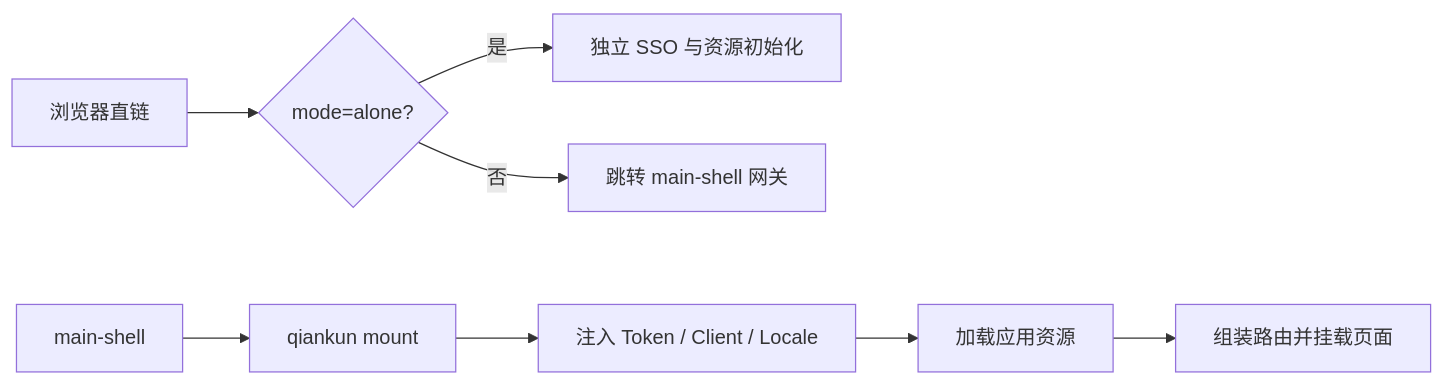
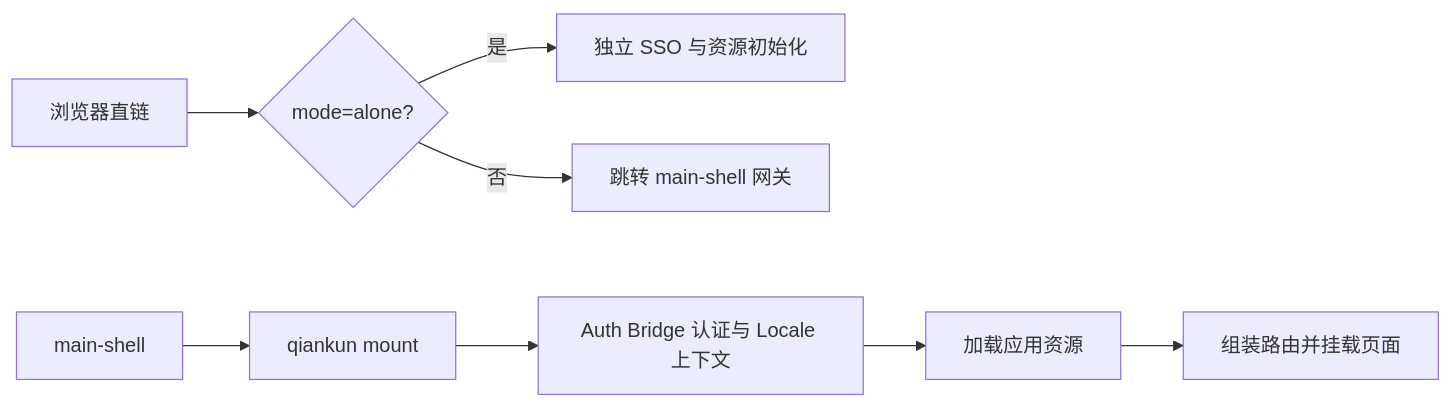
One commit to g2rain/g2rain-app-template changed the diagram in README.md. Above: the diagram before and after it, drawn with Mermaid. The commit also changed other lines of this file and 14 other files, not shown here.

````diff
--- a/README.md
+++ b/README.md
@@ -106,10 +108,10 @@
 ```mermaid
 flowchart LR
   Direct[浏览器直链] --> Mode{mode=alone?}
   Mode -->|是| SSO[独立 SSO 与资源初始化]
   Mode -->|否| Redirect[跳转 main-shell 网关]
   Shell[main-shell] --> Qiankun[qiankun mount]
-  Qiankun --> Token[注入 Token / Client / Locale]
+  Qiankun --> Token[Auth Bridge 认证与 Locale 上下文]
   Token --> Resource[加载应用资源]
   Resource --> Route[组装路由并挂载页面]
 ```
````
